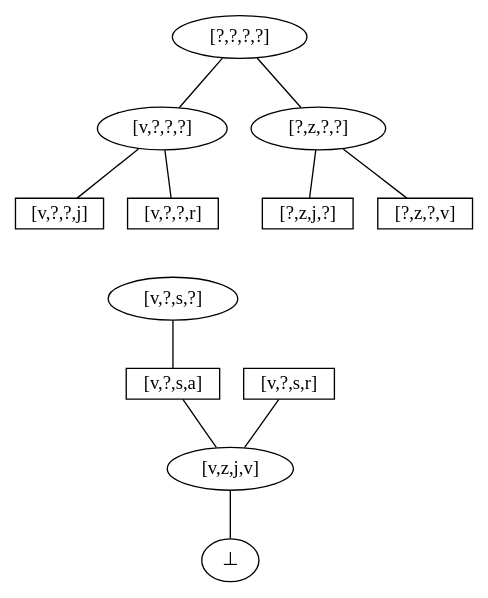
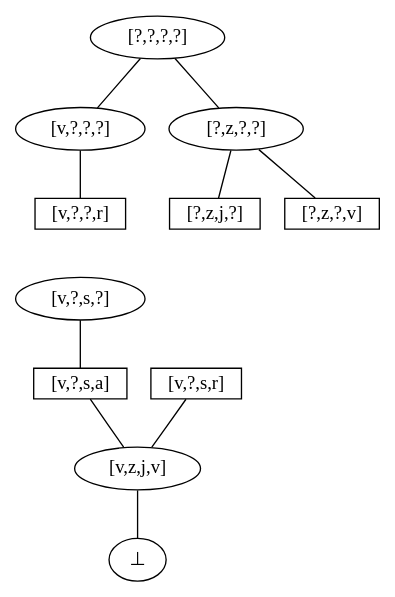
The diagram in resources/graphs/iteration_5.dot (NorfairKing/ai_alternative-exam), drawn with Graphviz before and after one commit. The commit also changed 13 other files, not shown here.

```diff
--- a/resources/graphs/iteration_5.dot
+++ b/resources/graphs/iteration_5.dot
@@ -1,41 +1,39 @@
 digraph iter_1 {
     node [shape=rect height=0.1, width=0.2];
     edge [arrowhead = none];
 
     top  [label = "[?,?,?,?]",shape=ellipse];
     bot  [label = "&#8869;",shape=ellipse];
 
     ex_1 [label= "[v,z,j,v]",shape=ellipse];
     
     ex_2_1 [label = "[v,?,?,?]",shape=ellipse];
     ex_2_2 [label = "[?,z,?,?]",shape=ellipse];
  
-    ex_3_1  [label = "[v,?,?,j]"];
     ex_3_4  [label = "[v,?,?,r]"];
  
     ex_3_8  [label = "[?,z,j,?]"];
     ex_3_10 [label = "[?,z,?,v]"];
 
     ex_4_1 [label = "[v,?,s,r]"];
     ex_4_2 [label = "[v,?,s,a]"];
        
     ex_5_1 [label = "[v,?,s,?]",shape=ellipse];    
 
     top -> ex_2_1;
     top -> ex_2_2;
     
-    ex_2_1 -> ex_3_1;    
     ex_2_1 -> ex_3_4;    
     
     ex_2_2 -> ex_3_8;
     ex_2_2 -> ex_3_10;
 
     ex_3_4 -> ex_5_1[style=invis];    
 
     ex_5_1 -> ex_4_2;    
 
     ex_4_1 -> ex_1;
     ex_4_2 -> ex_1;
 
     ex_1 -> bot;
 }
```
